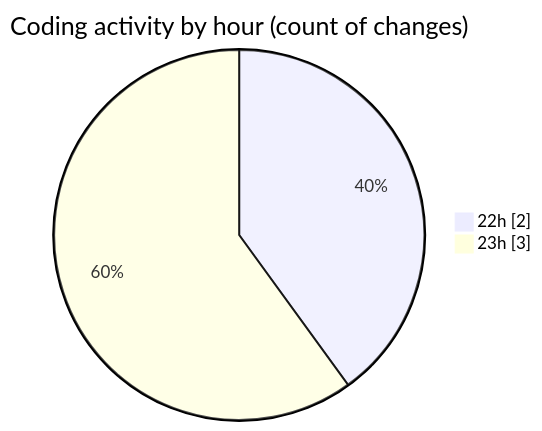
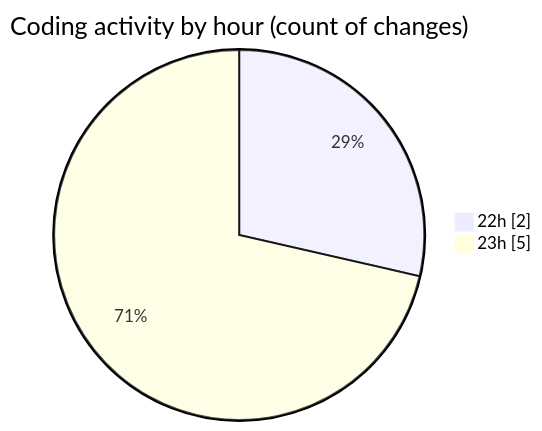
Before and after one commit to Netris89/code-tracking: the second of 2 diagrams in 2025-04-12/basic/README.md, drawn with Mermaid. The commit also changed other lines of this file and 1 other file, not shown here.

````diff
--- a/2025-04-12/basic/README.md
+++ b/2025-04-12/basic/README.md
@@ -34,6 +34,6 @@
 ```mermaid
 pie showData
 title Coding activity by hour (count of changes)
 "22h" : 2
-"23h" : 3
+"23h" : 5
 ```
````
